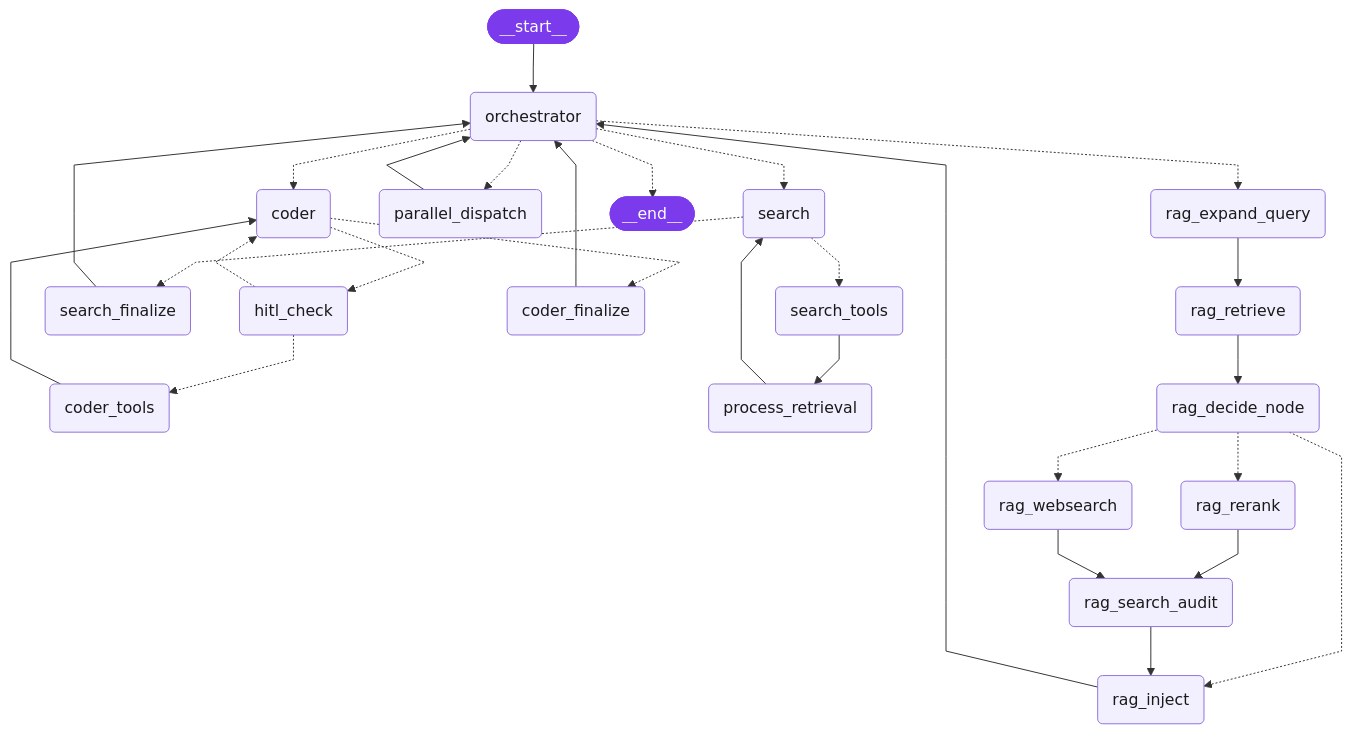
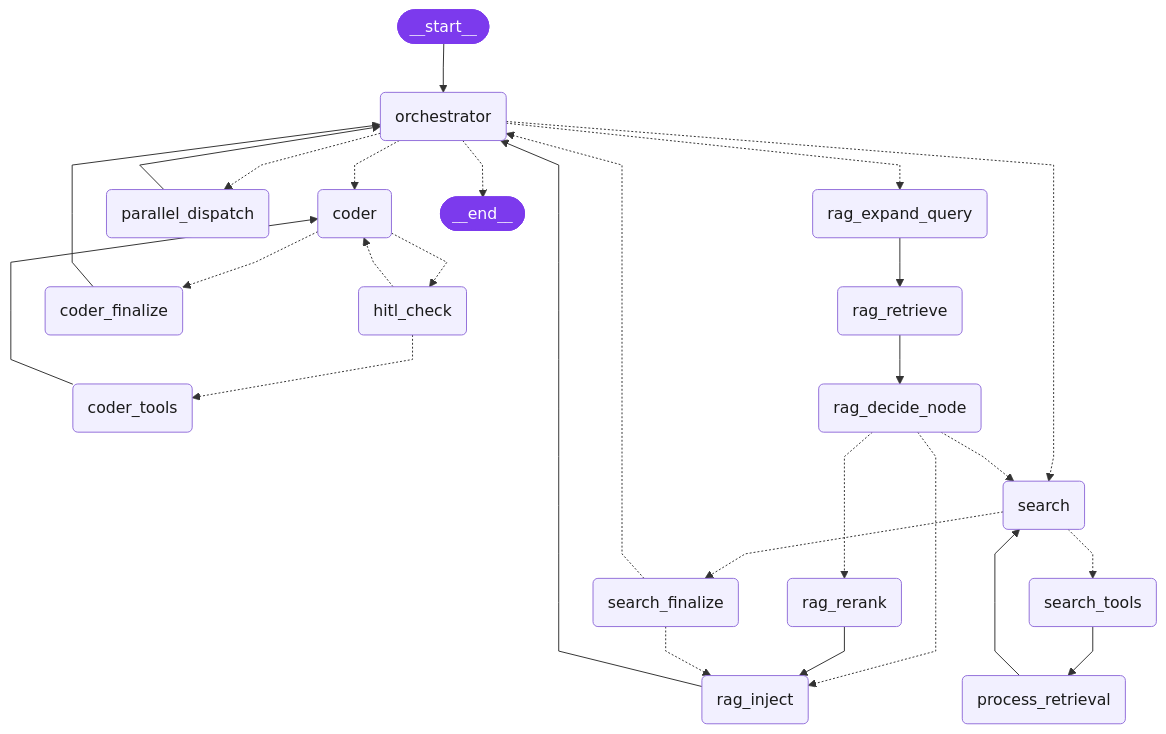
The diagram in README.md (brunosrz/vectora), drawn with Mermaid before and after one commit. The commit also changed other lines of this file and 7 other files, not shown here.

First line of the commit message:
refactor(rag): remove rag_websearch e rag_search_audit — delega ao search real

````diff
--- a/README.md
+++ b/README.md
@@ -28,57 +28,54 @@
 ```mermaid
 ---
 config:
   flowchart:
     curve: linear
 ---
 graph TD;
 	__start__([<p>__start__</p>]):::first
 	orchestrator(orchestrator)
 	search(search)
 	search_tools(search_tools)
 	search_finalize(search_finalize)
 	coder(coder)
 	hitl_check(hitl_check)
 	coder_tools(coder_tools)
 	coder_finalize(coder_finalize)
 	process_retrieval(process_retrieval)
 	parallel_dispatch(parallel_dispatch)
 	rag_expand_query(rag_expand_query)
 	rag_retrieve(rag_retrieve)
 	rag_decide_node(rag_decide_node)
 	rag_rerank(rag_rerank)
-	rag_websearch(rag_websearch)
-	rag_search_audit(rag_search_audit)
 	rag_inject(rag_inject)
 	__end__([<p>__end__</p>]):::last
 	__start__ --> orchestrator;
 	coder -.-> coder_finalize;
 	coder -.-> hitl_check;
 	coder_finalize --> orchestrator;
 	coder_tools --> coder;
 	hitl_check -.-> coder;
 	hitl_check -.-> coder_tools;
 	orchestrator -.-> __end__;
 	orchestrator -.-> coder;
 	orchestrator -.-> parallel_dispatch;
 	orchestrator -.-> rag_expand_query;
 	orchestrator -.-> search;
 	parallel_dispatch --> orchestrator;
 	process_retrieval --> search;
 	rag_decide_node -.-> rag_inject;
 	rag_decide_node -.-> rag_rerank;
-	rag_decide_node -.-> rag_websearch;
+	rag_decide_node -.-> search;
 	rag_expand_query --> rag_retrieve;
 	rag_inject --> orchestrator;
-	rag_rerank --> rag_search_audit;
+	rag_rerank --> rag_inject;
 	rag_retrieve --> rag_decide_node;
-	rag_search_audit --> rag_inject;
-	rag_websearch --> rag_search_audit;
 	search -.-> search_finalize;
 	search -.-> search_tools;
-	search_finalize --> orchestrator;
+	search_finalize -.-> orchestrator;
+	search_finalize -.-> rag_inject;
 	search_tools --> process_retrieval;
 	classDef default fill:#f2f0ff,color:#1a1a1a,line-height:1.2
 	classDef first fill:#7c3aed,color:#ffffff,stroke:#7c3aed
 	classDef last fill:#7c3aed,color:#ffffff,stroke:#7c3aed
 ```
````
